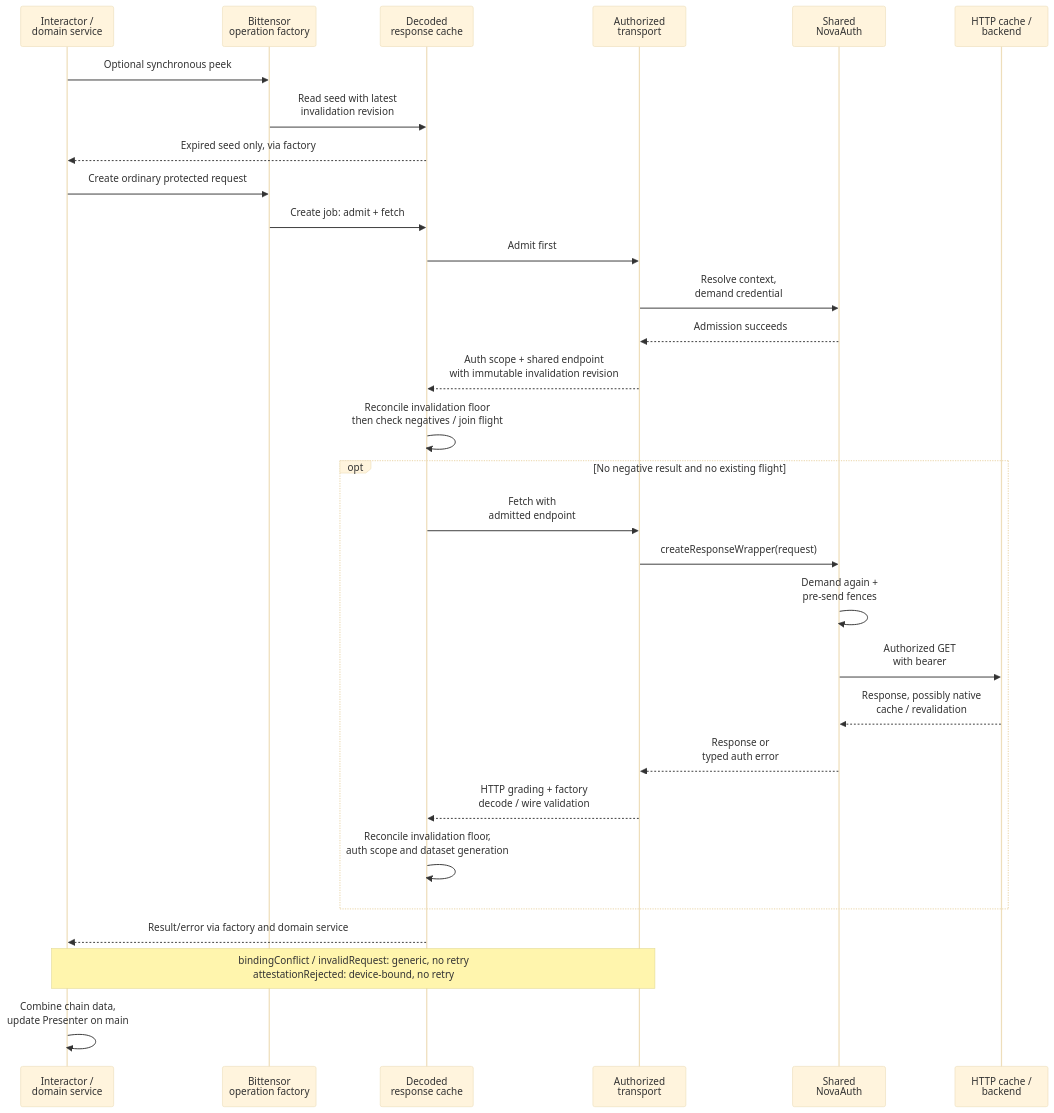
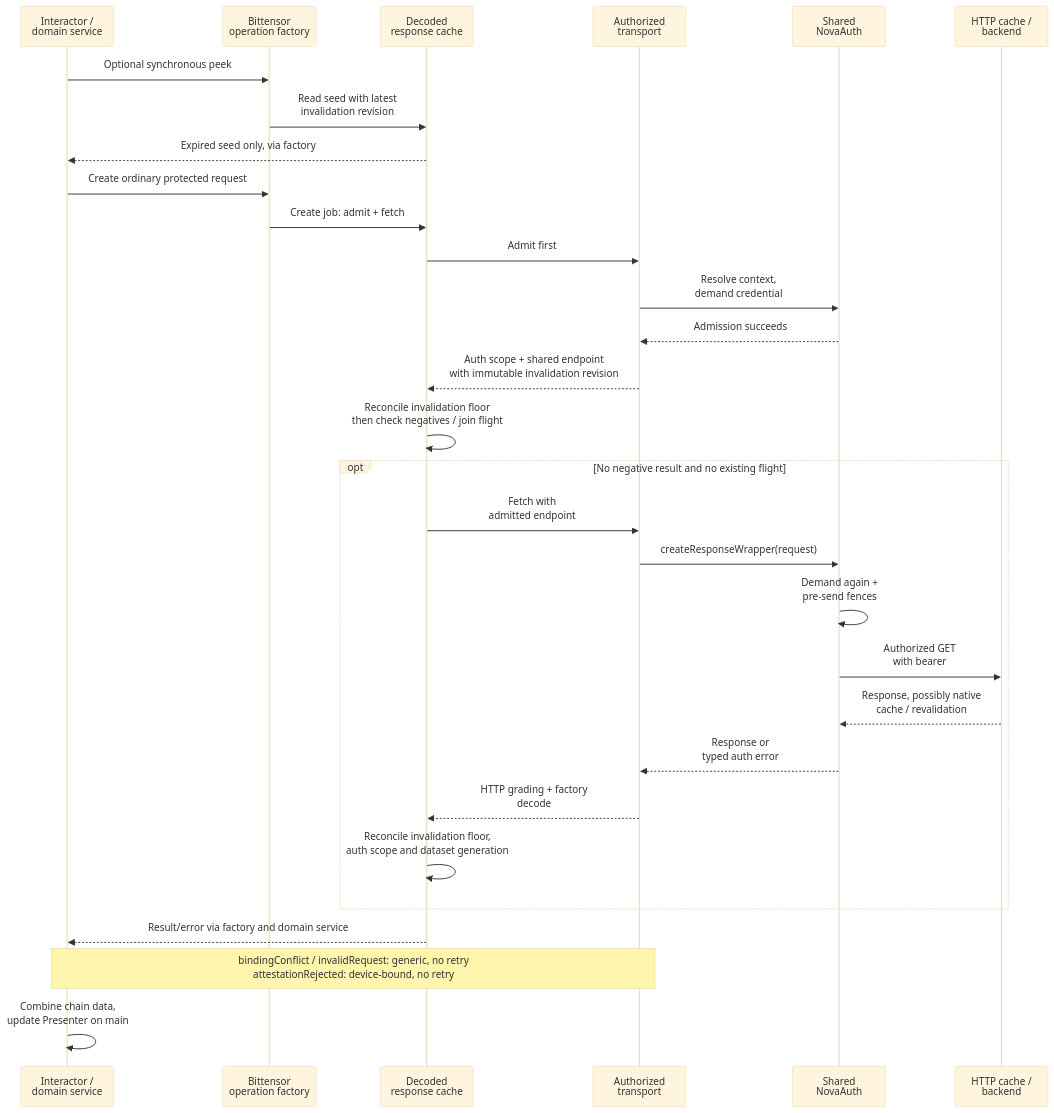
One commit to novasamatech/nova-wallet-ios changed the eighth of 9 diagrams in .claude/docs/architecture/novaauth-client-diagrams.md. Above: the diagram before and after it, drawn with Mermaid (base theme).

Commit message:
drop unread tao backend and chain data from the docs

````diff
--- a/.claude/docs/architecture/novaauth-client-diagrams.md
+++ b/.claude/docs/architecture/novaauth-client-diagrams.md
@@ -290,32 +290,32 @@
 ```mermaid
 sequenceDiagram
   participant UI as Interactor /<br/>domain service
   participant F as Bittensor<br/>operation factory
   participant C as Decoded<br/>response cache
   participant T as Authorized<br/>transport
   participant N as Shared<br/>NovaAuth
   participant H as HTTP cache /<br/>backend
   UI->>F: Optional synchronous peek
   F->>C: Read seed with latest<br/>invalidation revision
   C-->>UI: Expired seed only, via factory
   UI->>F: Create ordinary protected request
   F->>C: Create job: admit + fetch
   C->>T: Admit first
   T->>N: Resolve context,<br/>demand credential
   N-->>T: Admission succeeds
   T-->>C: Auth scope + shared endpoint<br/>with immutable invalidation revision
   C->>C: Reconcile invalidation floor<br/>then check negatives / join flight
   opt No negative result and no existing flight
     C->>T: Fetch with<br/>admitted endpoint
     T->>N: createResponseWrapper(request)
     N->>N: Demand again +<br/>pre-send fences
     N->>H: Authorized GET<br/>with bearer
     H-->>N: Response, possibly native<br/>cache / revalidation
     N-->>T: Response or<br/>typed auth error
-    T-->>C: HTTP grading + factory<br/>decode / wire validation
+    T-->>C: HTTP grading + factory<br/>decode
     C->>C: Reconcile invalidation floor,<br/>auth scope and dataset generation
   end
   C-->>UI: Result/error via factory and domain service
   Note over T,UI: bindingConflict / invalidRequest: generic, no retry<br/>attestationRejected: device-bound, no retry
   UI->>UI: Combine chain data,<br/>update Presenter on main
 ```
````
